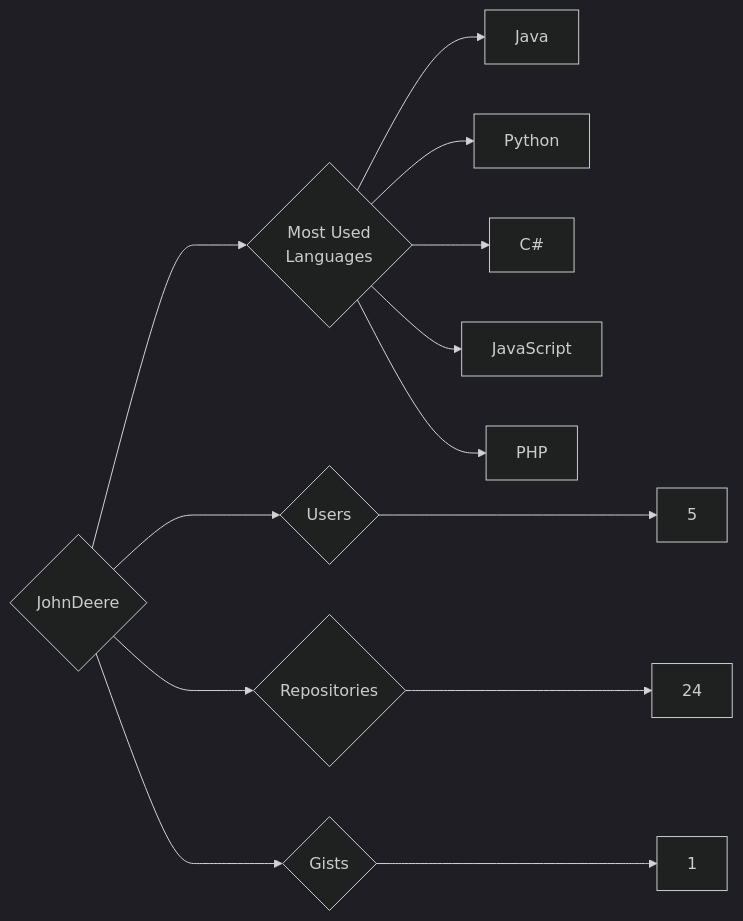
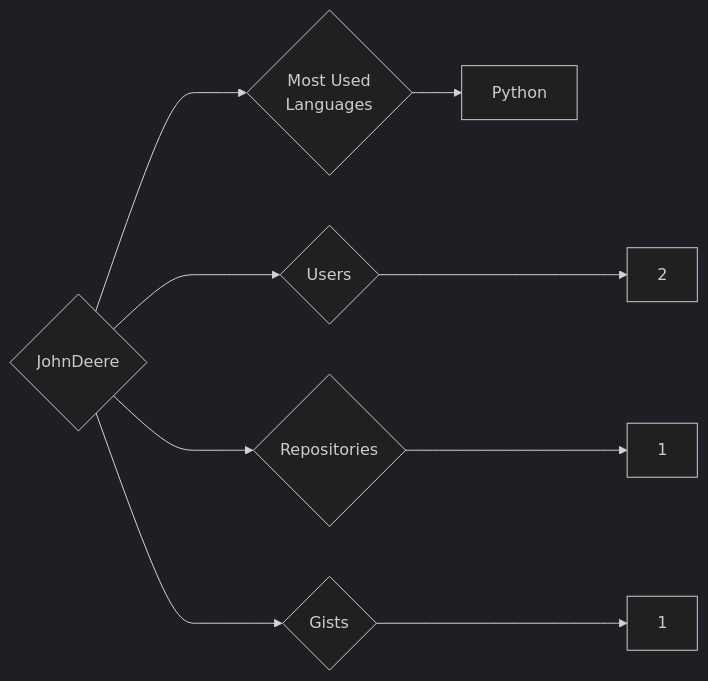
One commit to trickest/insiders changed the diagram in targets/JohnDeere/README.md. Above: the diagram before and after it, drawn with Mermaid (dark theme). The commit also changed 882 other files, not shown here.

````diff
--- a/targets/JohnDeere/README.md
+++ b/targets/JohnDeere/README.md
@@ -3,13 +3,9 @@
 ```mermaid
 graph LR
 COMPANY_NAME{JohnDeere}
-COMPANY_NAME ---> U{Users} ---> UN[5]
-COMPANY_NAME ---> R{Repositories} ---> RN[24]
+COMPANY_NAME ---> U{Users} ---> UN[2]
+COMPANY_NAME ---> R{Repositories} ---> RN[1]
 COMPANY_NAME ---> G{Gists} ---> GN[1]
 COMPANY_NAME ---> ML{Most Used<br>Languages}
-ML --> Java[Java]
 ML --> Python[Python]
-ML --> C#[C#]
-ML --> JavaScript[JavaScript]
-ML --> PHP[PHP]
 ```
````
